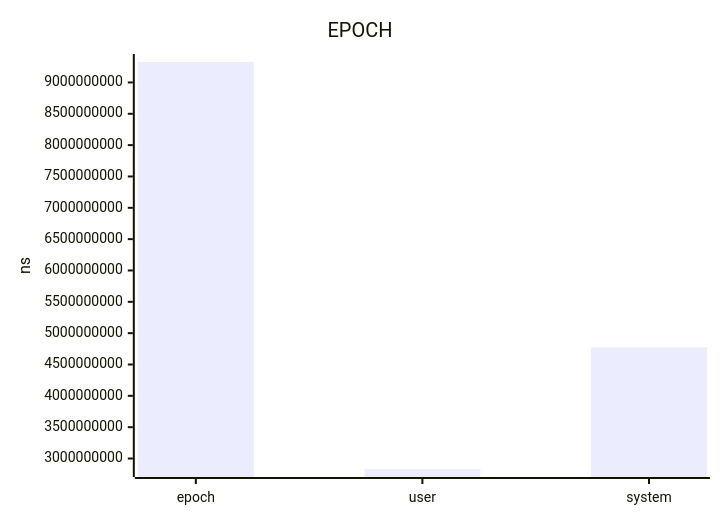
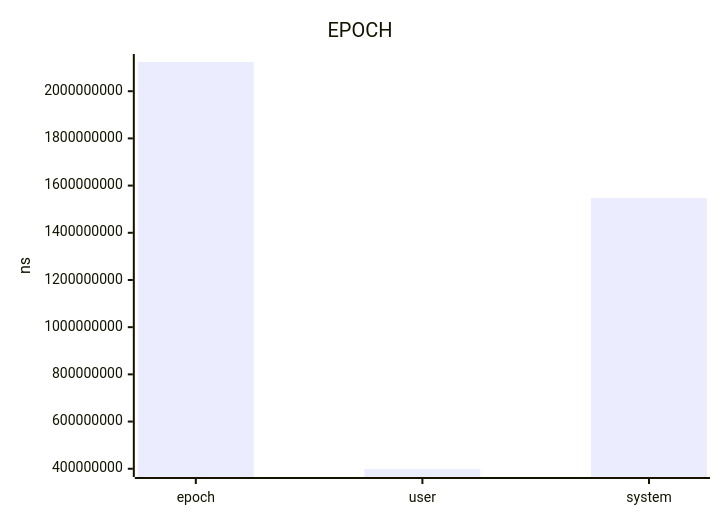
Before and after one commit to jrengmusic/saw: the diagram in benchmark/ref-sed-replace-report.md, drawn with Mermaid. The commit also changed other lines of this file and 434 other files, not shown here.

````diff
--- a/benchmark/ref-sed-replace-report.md
+++ b/benchmark/ref-sed-replace-report.md
@@ -22,7 +27,7 @@
 ```mermaid
 xychart-beta
 title "EPOCH"
 x-axis ["epoch", "user", "system"]
 y-axis "ns"
-bar [9326237541.66666603088378906, 2832804000.00000000000000000, 4774835000.00000000000000000]
+bar [2123767458.33333349227905273, 398935000.00000000000000000, 1547110000.00000000000000000]
 ```
````
